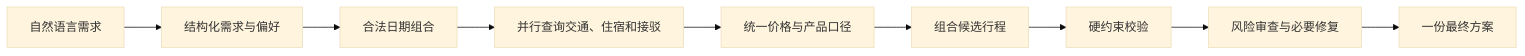
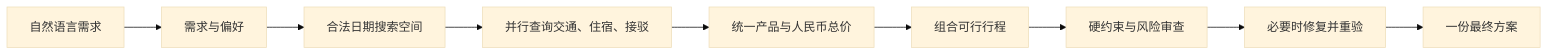
One commit to Oxygen56/TripChord changed the diagram in README.md. Above: the diagram before and after it, drawn with Mermaid (base theme). The commit also changed other lines of this file and 2 other files, not shown here.

Commit message:
docs: sharpen TripChord product architecture story

````diff
--- a/README.md
+++ b/README.md
@@ -30,11 +46,11 @@
 ```mermaid
 flowchart LR
-  A[自然语言需求] --> B[结构化需求与偏好]
-  B --> C[合法日期组合]
-  C --> D[并行查询交通、住宿和接驳]
-  D --> E[统一价格与产品口径]
-  E --> F[组合候选行程]
-  F --> G[硬约束校验]
-  G --> H[风险审查与必要修复]
+  A[自然语言需求] --> B[需求与偏好]
+  B --> C[合法日期搜索空间]
+  C --> D[并行查询交通、住宿、接驳]
+  D --> E[统一产品与人民币总价]
+  E --> F[组合可行行程]
+  F --> G[硬约束与风险审查]
+  G --> H[必要时修复并重验]
   H --> I[一份最终方案]
 ```
````
